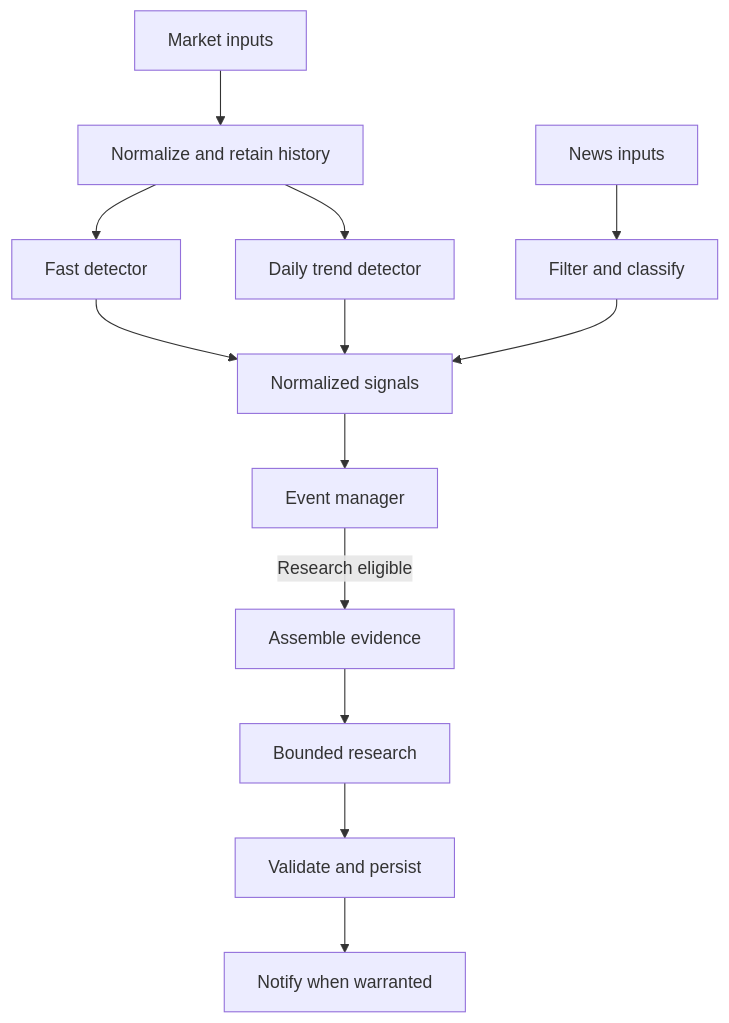
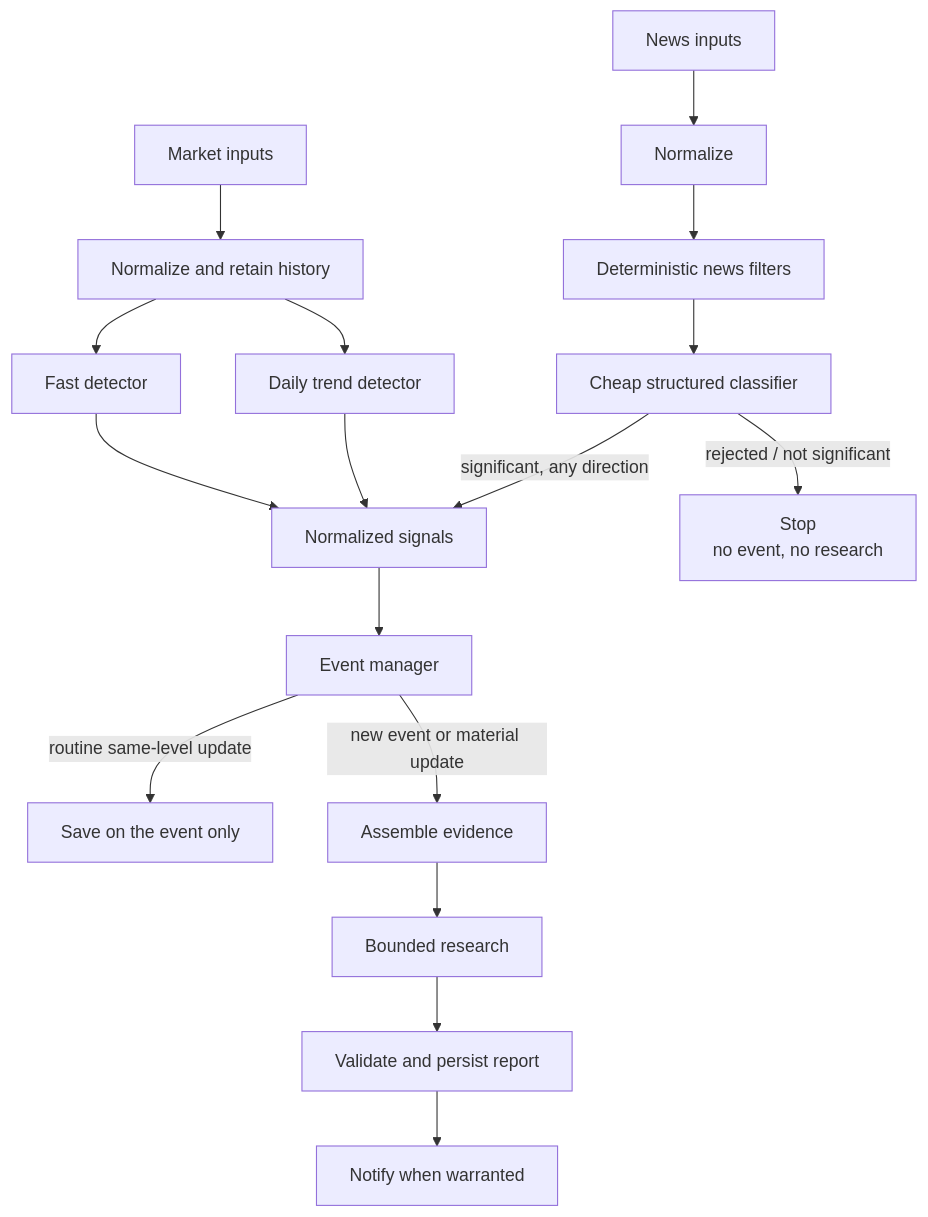
One commit to CarloVelarde/ai-investment-assistant changed the first of 2 diagrams in docs/ARCHITECTURE.md. Above: the diagram before and after it, drawn with Mermaid. The commit also changed other lines of this file and 6 other files, not shown here.

````diff
--- a/docs/ARCHITECTURE.md
+++ b/docs/ARCHITECTURE.md
@@ -7,15 +9,22 @@
 ```mermaid
 flowchart TD
-    A["Market inputs"] --> B["Normalize and retain history"]
-    B --> C["Fast detector"]
-    B --> D["Daily trend detector"]
-    N["News inputs"] --> O["Filter and classify"]
+    M["Market inputs"] --> NM["Normalize and retain history"]
+    N["News inputs"] --> NN["Normalize"]
+
+    NM --> C["Fast detector"]
+    NM --> D["Daily trend detector"]
+    NN --> F1["Deterministic news filters"]
+    F1 --> CLF["Cheap structured classifier"]
+
     C --> E["Normalized signals"]
     D --> E
-    O --> E
-    E --> F["Event manager"]
-    F -->|Research eligible| G["Assemble evidence"]
+    CLF -->|"significant, any direction"| E
+    CLF -->|"rejected / not significant"| X["Stop<br/>no event, no research"]
+
+    E --> EM["Event manager"]
+    EM -->|"routine same-level update"| Q["Save on the event only"]
+    EM -->|"new event or material update"| G["Assemble evidence"]
     G --> H["Bounded research"]
-    H --> I["Validate and persist"]
+    H --> I["Validate and persist report"]
     I --> J["Notify when warranted"]
 ```
````
